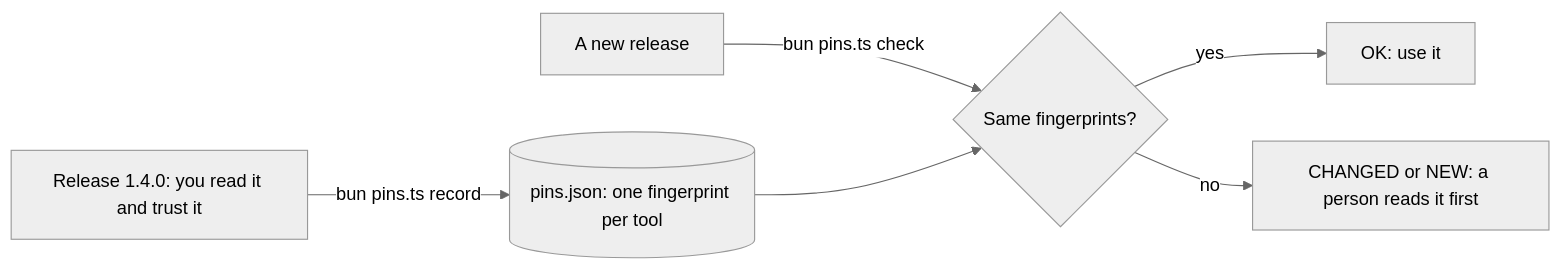
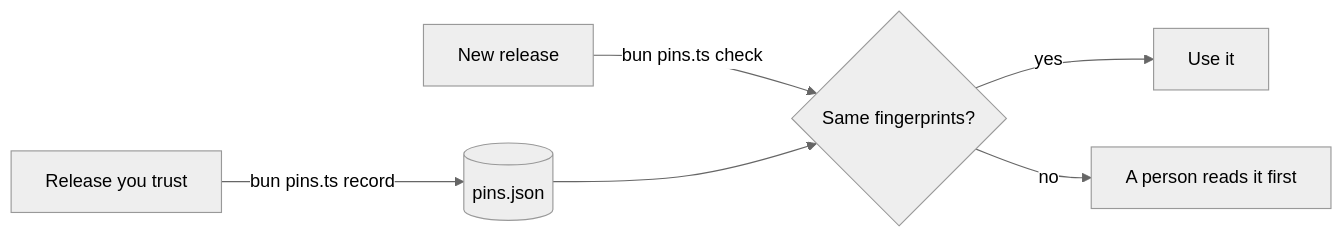
One commit to learnwithparam/mcp-workshop changed the diagram in parts/04-defend-and-ship/01-pin-third-party-tools/problem/README.md. Above: the diagram before and after it, drawn with Mermaid (neutral theme). The commit also changed other lines of this file and 153 other files, not shown here.

````diff
--- a/parts/04-defend-and-ship/01-pin-third-party-tools/problem/README.md
+++ b/parts/04-defend-and-ship/01-pin-third-party-tools/problem/README.md
@@ -19,8 +7,8 @@
 ```mermaid
 flowchart LR
-  R1[Release 1.4.0: you read it and trust it] -- "bun pins.ts record" --> P[(pins.json: one fingerprint per tool)]
-  R2[A new release] -- "bun pins.ts check" --> C{Same fingerprints?}
+  R1[Release you trust] -- "bun pins.ts record" --> P[(pins.json)]
+  R2[New release] -- "bun pins.ts check" --> C{Same fingerprints?}
   P --> C
-  C -- yes --> OK[OK: use it]
-  C -- no --> STOP[CHANGED or NEW: a person reads it first]
+  C -- yes --> OK[Use it]
+  C -- no --> STOP[A person reads it first]
 ```
````
